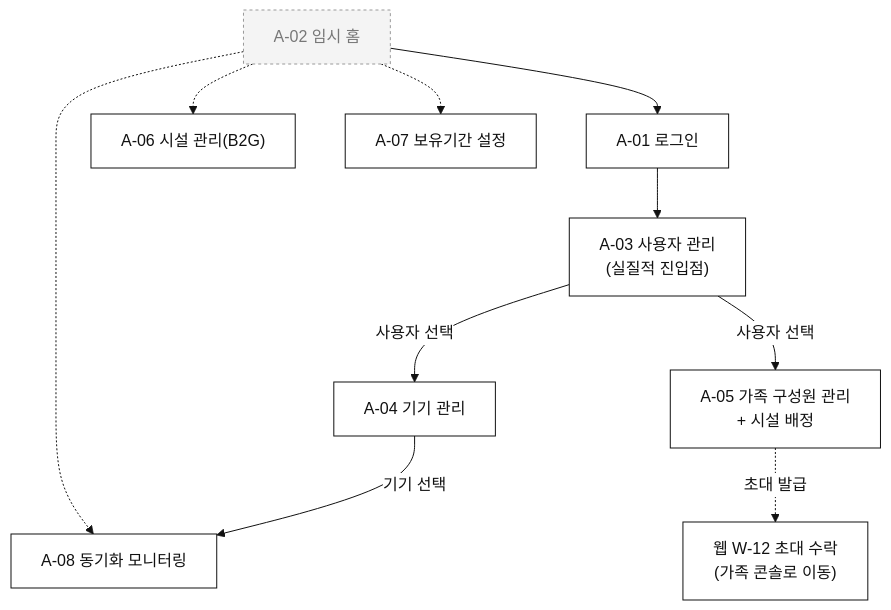
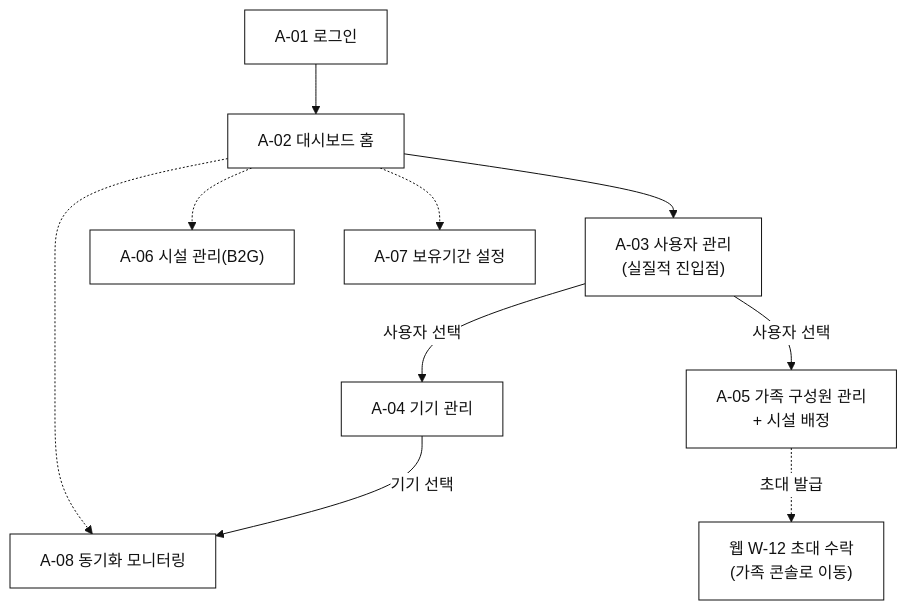
One commit to boheni07/SilverYarn changed the fourth of 4 diagrams in docs/02-design/screen-definitions.md. Above: the diagram before and after it, drawn with Mermaid. The commit also changed other lines of this file and 22 other files, not shown here.

````diff
--- a/docs/02-design/screen-definitions.md
+++ b/docs/02-design/screen-definitions.md
@@ -343,15 +344,13 @@
 ```mermaid
 %%{init: {'theme':'base', 'themeVariables': {'primaryColor':'#ffffff','primaryTextColor':'#111111','primaryBorderColor':'#111111','lineColor':'#111111','background':'#ffffff','mainBkg':'#ffffff','textColor':'#111111','clusterBkg':'#ffffff','clusterBorder':'#111111','edgeLabelBackground':'#ffffff'}}}%%
 flowchart TB
-    A02["A-02 임시 홈"]:::temp --> A01["A-01 로그인"]
-    A01 --> A03["A-03 사용자 관리<br/>(실질적 진입점)"]
+    A01["A-01 로그인"] --> A02["A-02 대시보드 홈"]
+    A02 --> A03["A-03 사용자 관리<br/>(실질적 진입점)"]
     A03 -->|"사용자 선택"| A04["A-04 기기 관리"]
     A03 -->|"사용자 선택"| A05["A-05 가족 구성원 관리<br/>+ 시설 배정"]
     A04 -->|"기기 선택"| A08["A-08 동기화 모니터링"]
     A02 -.-> A08
     A02 -.-> A06["A-06 시설 관리(B2G)"]
     A02 -.-> A07["A-07 보유기간 설정"]
     A05 -. 초대 발급 .-> INVITE["웹 W-12 초대 수락<br/>(가족 콘솔로 이동)"]
-
-    classDef temp fill:#f4f4f4,color:#777777,stroke:#999999,stroke-width:1px,stroke-dasharray: 3 3;
 ```
````
